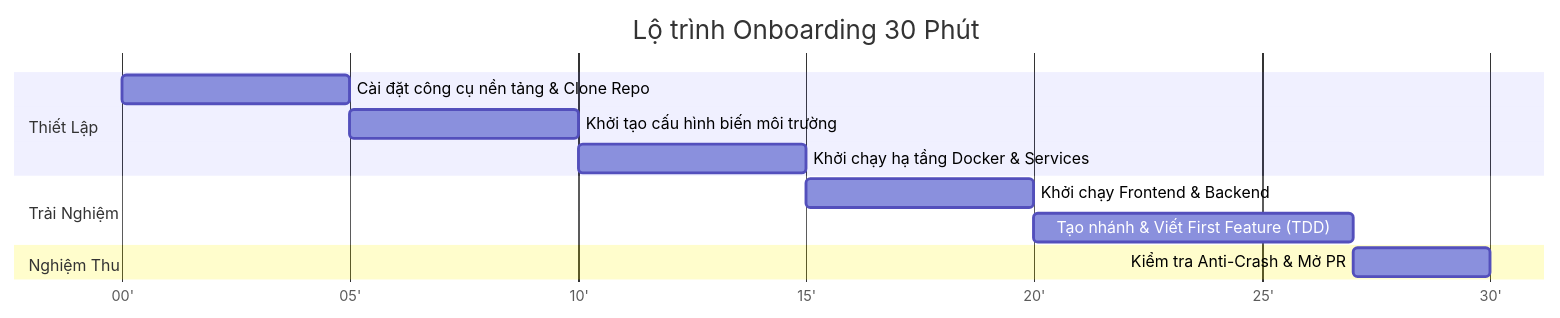
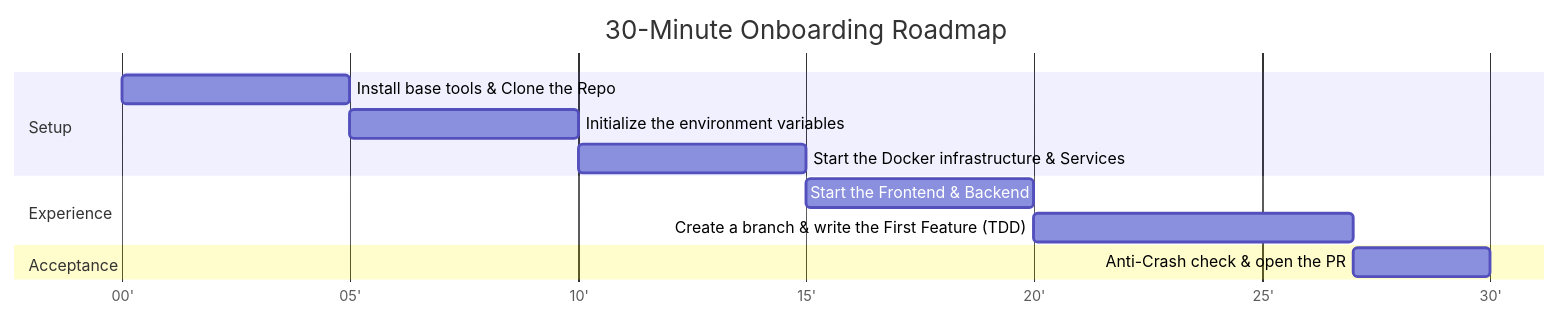
One commit to Dokhacgiakhoa/Project-Builder-4-Agents changed the diagram in profiles/documentation/guides/developer-onboarding-guide.md. Above: the diagram before and after it, drawn with Mermaid. The commit also changed other lines of this file and 153 other files, not shown here.

````diff
--- a/profiles/documentation/guides/developer-onboarding-guide.md
+++ b/profiles/documentation/guides/developer-onboarding-guide.md
@@ -14,16 +14,16 @@
 ```mermaid
 gantt
-    title Lộ trình Onboarding 30 Phút
+    title 30-Minute Onboarding Roadmap
     dateFormat  mm
     axisFormat  %M'
 
-    section Thiết Lập
-    Cài đặt công cụ nền tảng & Clone Repo :00, 05m
-    Khởi tạo cấu hình biến môi trường     :05, 05m
-    Khởi chạy hạ tầng Docker & Services    :10, 05m
-    section Trải Nghiệm
-    Khởi chạy Frontend & Backend           :15, 05m
-    Tạo nhánh & Viết First Feature (TDD)   :20, 07m
-    section Nghiệm Thu
-    Kiểm tra Anti-Crash & Mở PR            :27, 03m
+    section Setup
+    Install base tools & Clone the Repo    :00, 05m
+    Initialize the environment variables   :05, 05m
+    Start the Docker infrastructure & Services :10, 05m
+    section Experience
+    Start the Frontend & Backend           :15, 05m
+    Create a branch & write the First Feature (TDD) :20, 07m
+    section Acceptance
+    Anti-Crash check & open the PR         :27, 03m
 ```
````
